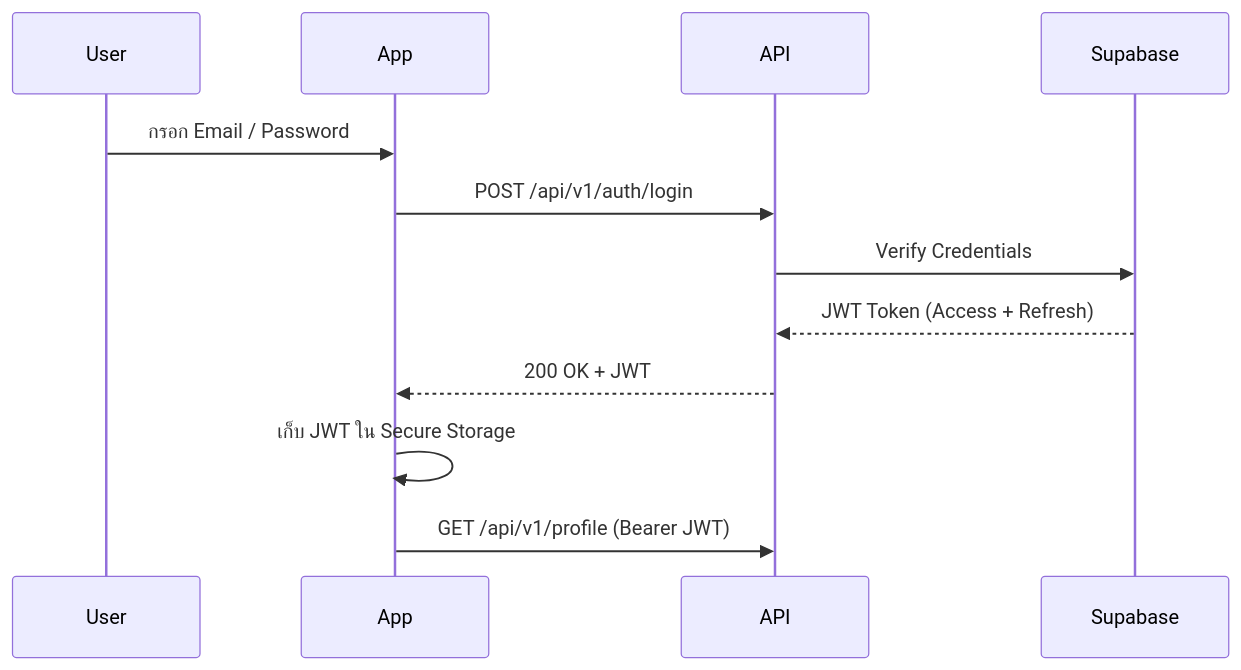
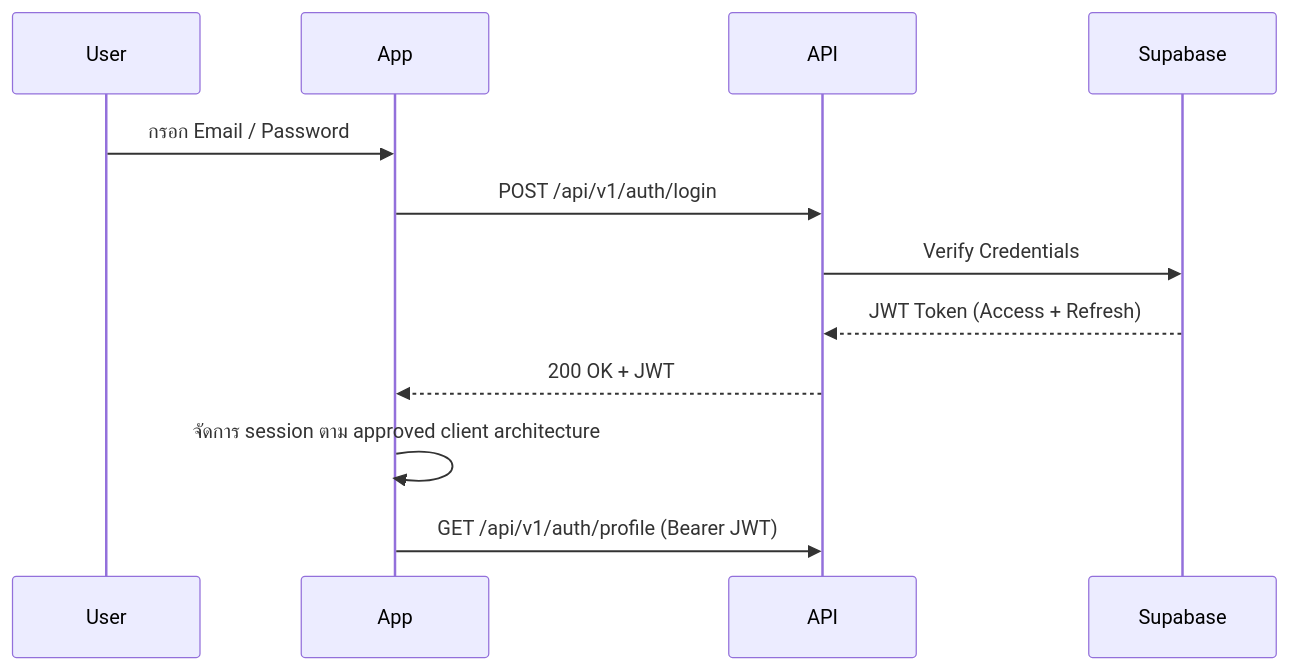
Before and after one commit to DoubleFo20/EV-Jarvis: the third of 4 diagrams in docs/08_API/01_API_SPECIFICATION.md, drawn with Mermaid. The commit also changed other lines of this file and 4 other files, not shown here.

````diff
--- a/docs/08_API/01_API_SPECIFICATION.md
+++ b/docs/08_API/01_API_SPECIFICATION.md
@@ -190,15 +189,15 @@
 ```mermaid
 sequenceDiagram
     participant User
     participant App
     participant API
     participant Supabase
     
     User->>App: กรอก Email / Password
     App->>API: POST /api/v1/auth/login
     API->>Supabase: Verify Credentials
     Supabase-->>API: JWT Token (Access + Refresh)
     API-->>App: 200 OK + JWT
-    App->>App: เก็บ JWT ใน Secure Storage
-    App->>API: GET /api/v1/profile (Bearer JWT)
+    App->>App: จัดการ session ตาม approved client architecture
+    App->>API: GET /api/v1/auth/profile (Bearer JWT)
 ```
````
